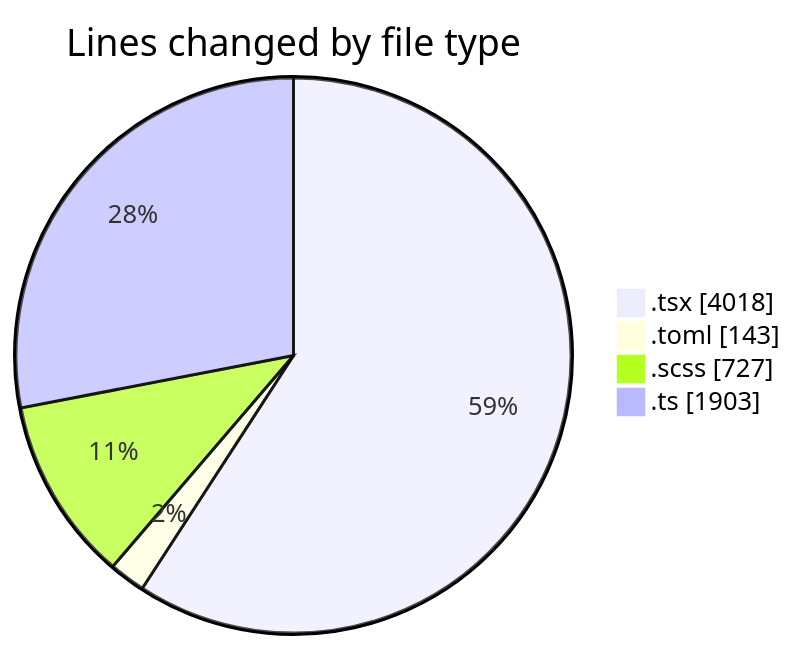
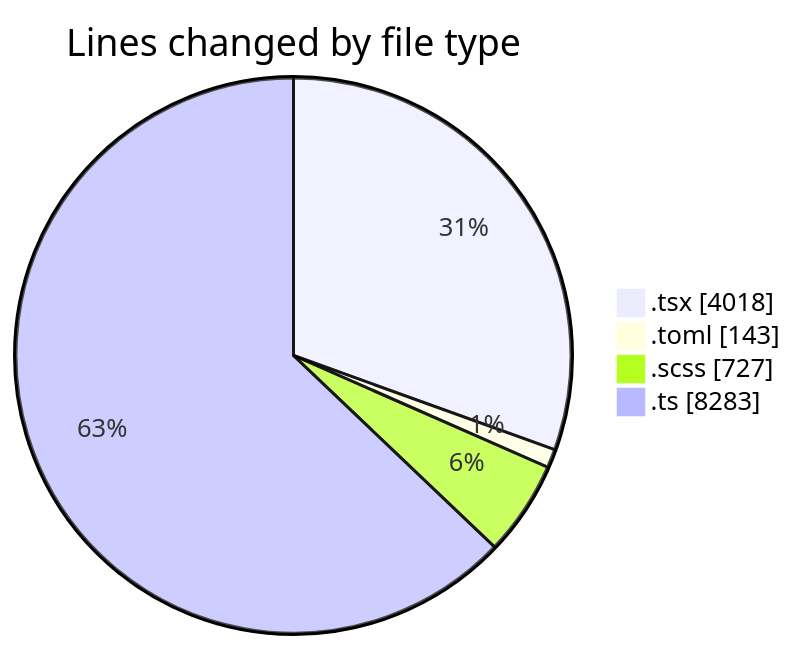
Before and after one commit to momahboobian/code-tracking: the first of 2 diagrams in 2026-11-02/cda/README.md, drawn with Mermaid. The commit also changed other lines of this file and 1 other file, not shown here.

````diff
--- a/2026-11-02/cda/README.md
+++ b/2026-11-02/cda/README.md
@@ -60,8 +64,8 @@
 ```mermaid
 pie showData
 title Lines changed by file type
 ".tsx" : 4018
 ".toml" : 143
 ".scss" : 727
-".ts" : 1903
+".ts" : 8283
 ```
````
